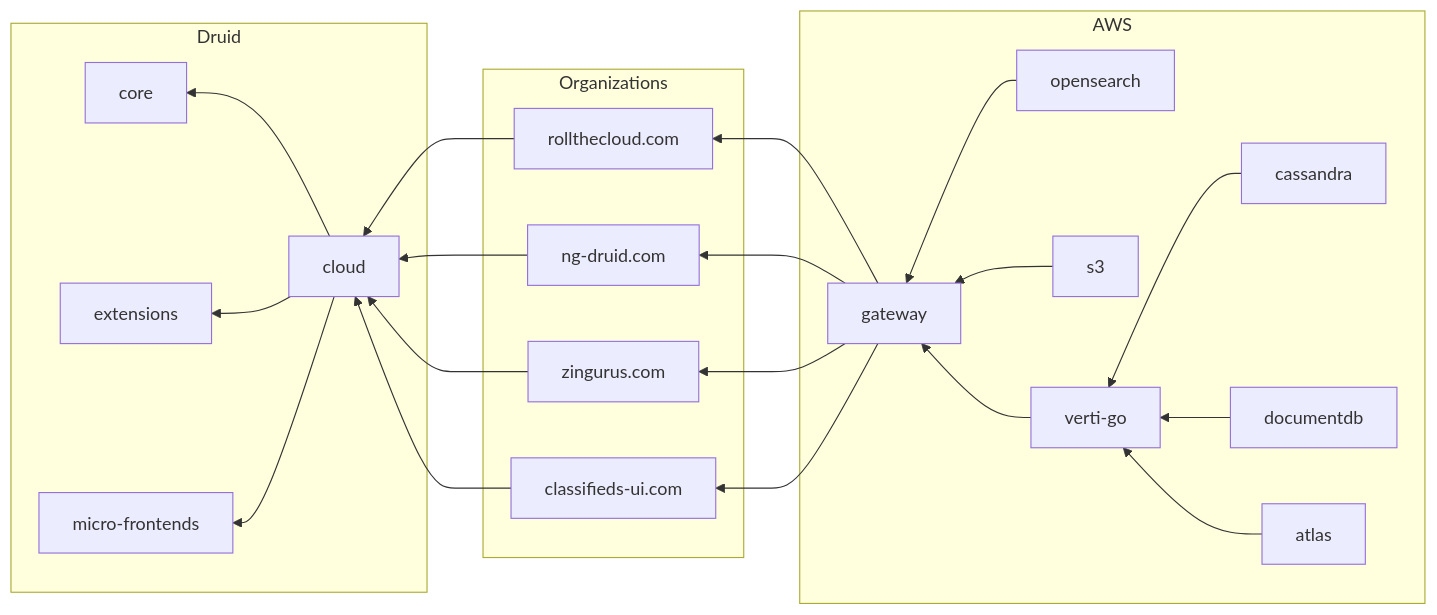
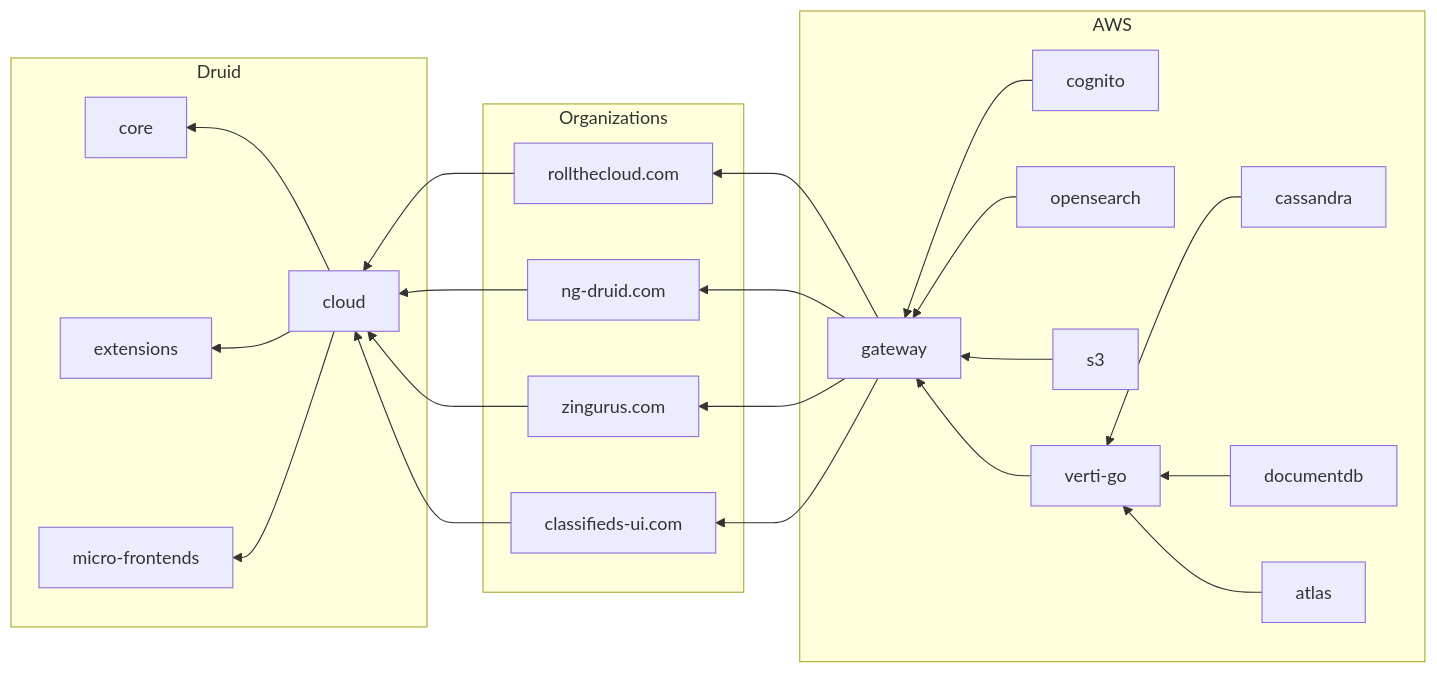
The diagram in architecture/ecosystem/README.md (rollthecloudinc/quell), drawn with Mermaid before and after one commit.

````diff
--- a/architecture/ecosystem/README.md
+++ b/architecture/ecosystem/README.md
@@ -5,29 +5,30 @@
 ```mermaid
 flowchart RL
 subgraph Druid
 core
 extensions
 micro-frontends
 cloud-->core
 cloud-->extensions
 cloud-->micro-frontends
 end
 subgraph Organizations
 dcloud[rollthecloud.com]-->cloud
 druid2[ng-druid.com]-->cloud
 zingurus[zingurus.com]-->cloud
 classifieds-ui[classifieds-ui.com]-->cloud
 end
 subgraph AWS
 gateway-->dcloud
 gateway-->druid2
 gateway-->zingurus
 gateway-->classifieds-ui
+cognito-->gateway
 opensearch-->gateway
 s3-->gateway
 verti-go-->gateway
 cassandra-->verti-go
 documentdb-->verti-go
 atlas-->verti-go
 end
 ```
````
